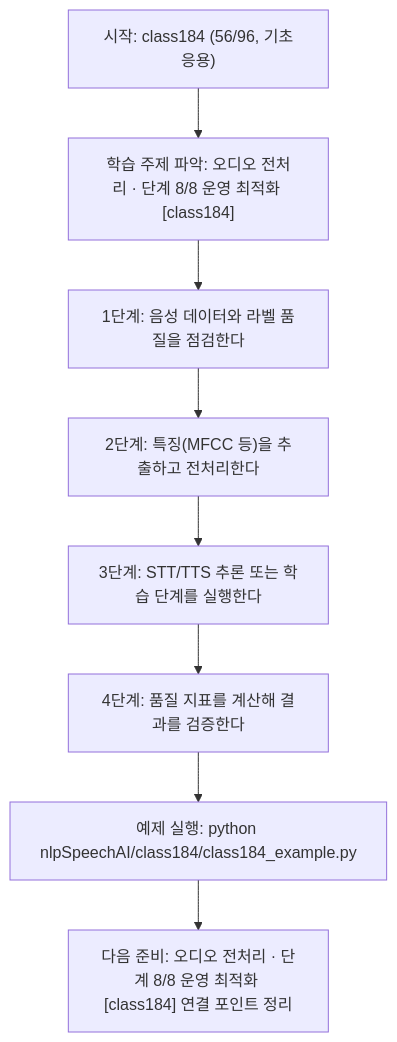
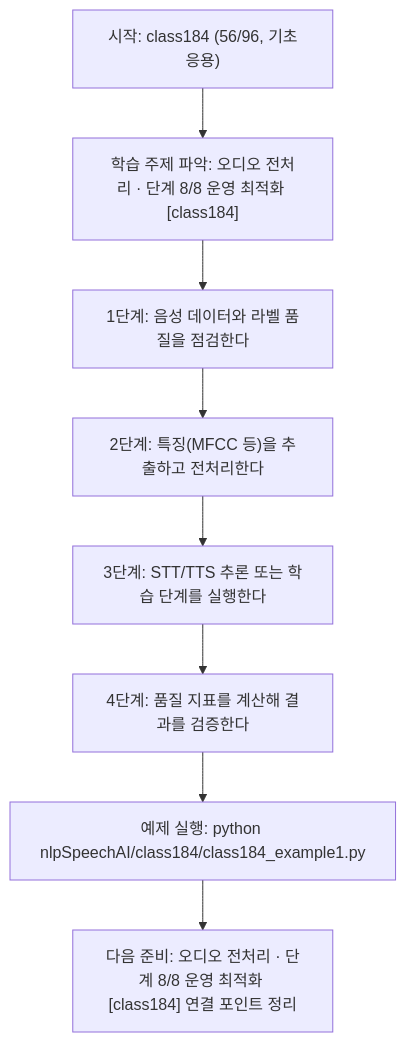
The diagram in nlpSpeechAI/class184/class184.md (edumgt/Python-AI_Agent-Class), drawn with Mermaid before and after one commit. The commit also changed other lines of this file and 2959 other files, not shown here.

````diff
--- a/nlpSpeechAI/class184/class184.md
+++ b/nlpSpeechAI/class184/class184.md
@@ -113,18 +113,18 @@
 ```mermaid
 flowchart TD
 N1["시작: class184 (56/96, 기초응용)"]
 N2["학습 주제 파악: 오디오 전처리 · 단계 8/8 운영 최적화 [class184]"]
 N3["1단계: 음성 데이터와 라벨 품질을 점검한다"]
 N4["2단계: 특징(MFCC 등)을 추출하고 전처리한다"]
 N5["3단계: STT/TTS 추론 또는 학습 단계를 실행한다"]
 N6["4단계: 품질 지표를 계산해 결과를 검증한다"]
-N7["예제 실행: python nlpSpeechAI/class184/class184_example.py"]
+N7["예제 실행: python nlpSpeechAI/class184/class184_example1.py"]
 N8["다음 준비: 오디오 전처리 · 단계 8/8 운영 최적화 [class184] 연결 포인트 정리"]
 N1 --> N2
 N2 --> N3
 N3 --> N4
 N4 --> N5
 N5 --> N6
 N6 --> N7
 N7 --> N8
 ```
````
